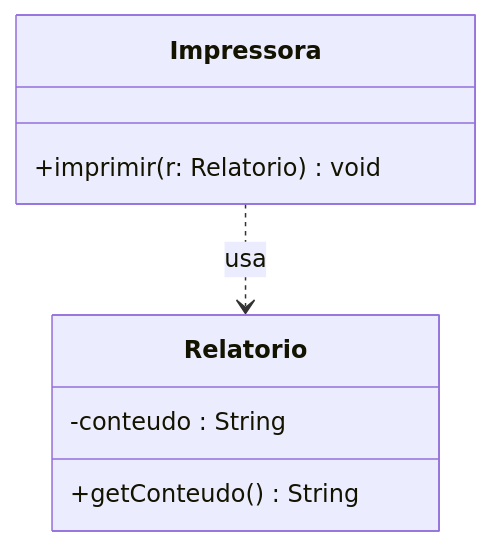
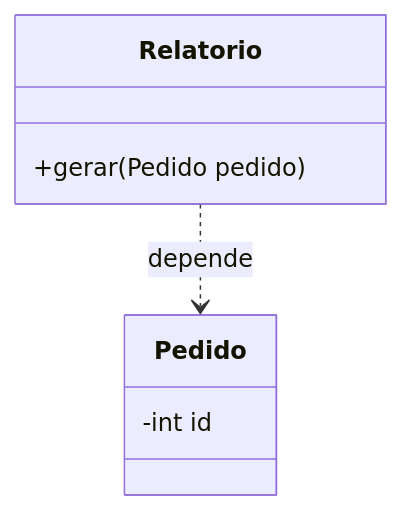
Before and after one commit to afburger/FURB-2025_02_POO_16804: the third of 7 diagrams in Conteudo/Unidade02.md, drawn with Mermaid. The commit also changed other lines of this file and 1 other file, not shown here.

````diff
--- a/Conteudo/Unidade02.md
+++ b/Conteudo/Unidade02.md
@@ -145,12 +100,10 @@
 ```mermaid
 classDiagram
     class Relatorio {
-        -conteudo : String
-        +getConteudo() String
+        +gerar(Pedido pedido)
     }
-    class Impressora {
-        +imprimir(r: Relatorio) void
+    class Pedido {
+        -int id
     }
-    Impressora ..> Relatorio : usa
-
+    Relatorio ..> Pedido : depende
 ```
````
